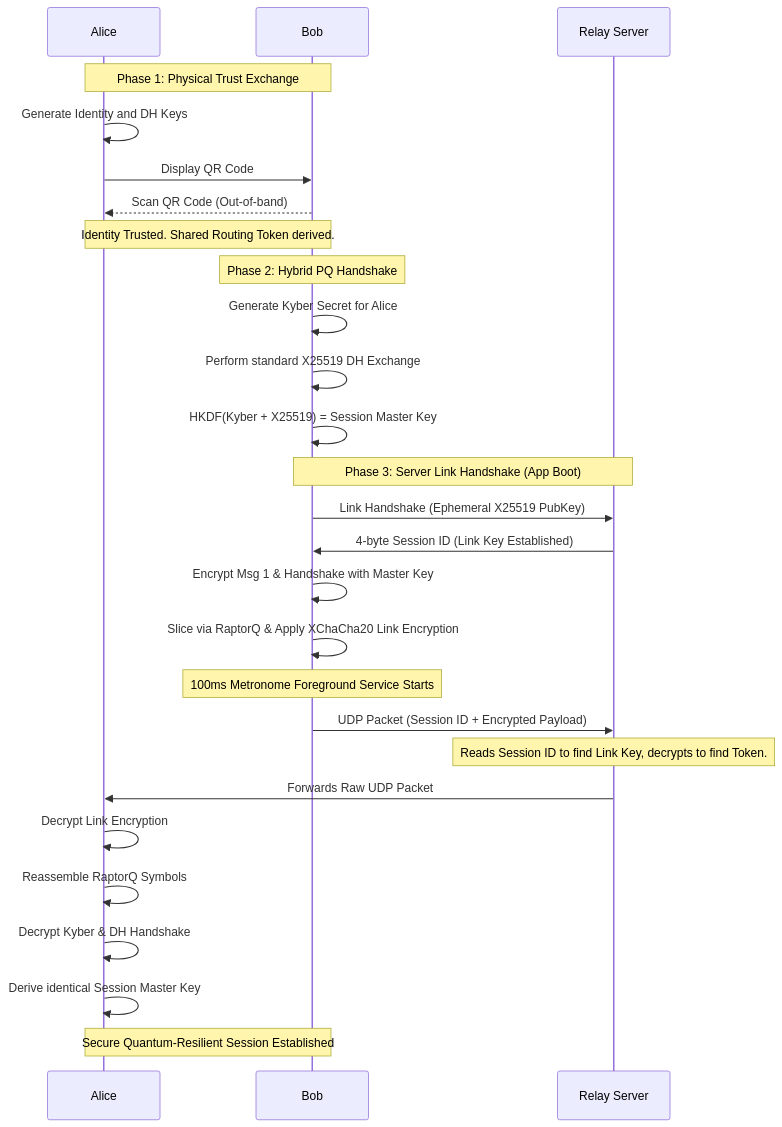
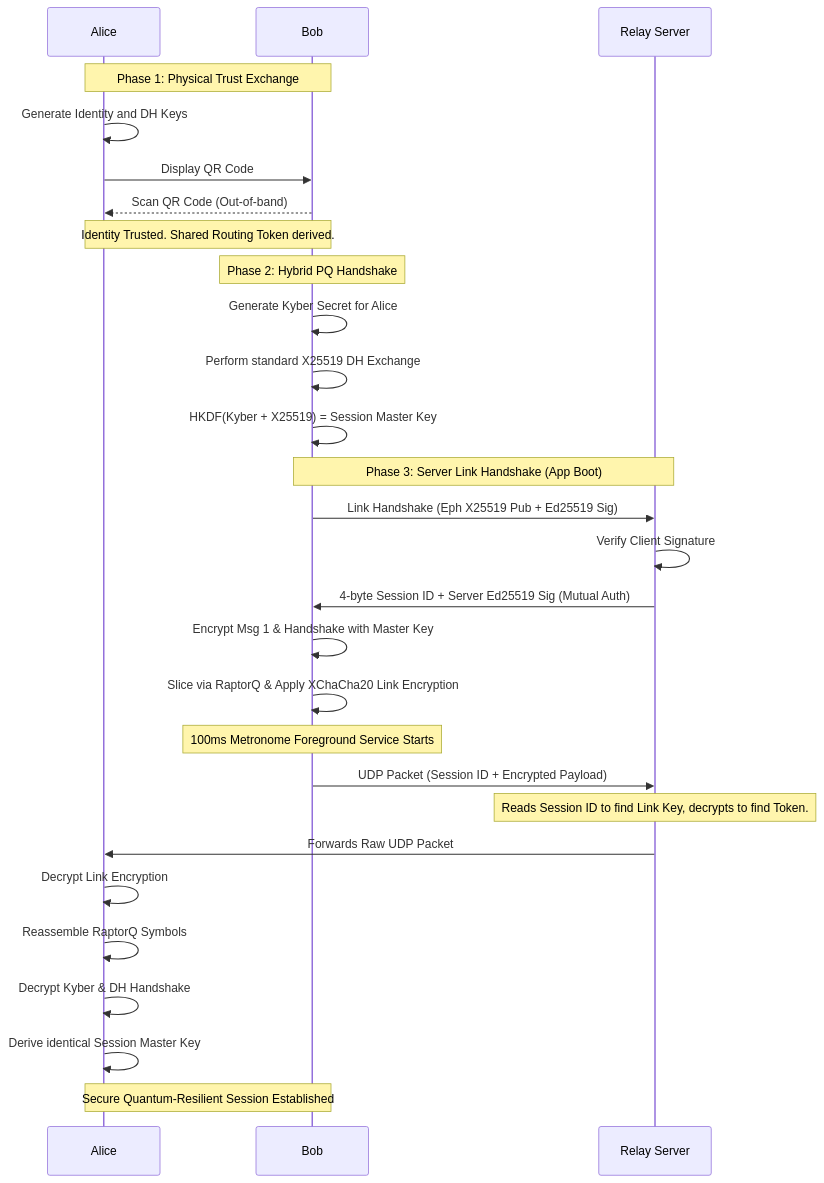
Before and after one commit to Lxadams/Cryptogram: the first of 3 diagrams in documentations/architecture-diagrams.md, drawn with Mermaid. The commit also changed other lines of this file and 15 other files, not shown here.

Commit message:
big push, will have copilot review and will add comment going over what all changed. TLDR: implement client-to-server Ed25519 signature verification in handshake and secure HKDF derivation using a persistent server identity.

````diff
--- a/documentations/architecture-diagrams.md
+++ b/documentations/architecture-diagrams.md
@@ -9,35 +12,36 @@
 ```mermaid
 sequenceDiagram
     participant A as Alice
     participant B as Bob
     participant S as Relay Server
 
     Note over A, B: Phase 1: Physical Trust Exchange
     A->>A: Generate Identity and DH Keys
     A->>B: Display QR Code
     B-->>A: Scan QR Code (Out-of-band)
     Note over A, B: Identity Trusted. Shared Routing Token derived.
 
     Note over B: Phase 2: Hybrid PQ Handshake
     B->>B: Generate Kyber Secret for Alice
     B->>B: Perform standard X25519 DH Exchange
     B->>B: HKDF(Kyber + X25519) = Session Master Key
     
     Note over B, S: Phase 3: Server Link Handshake (App Boot)
-    B->>S: Link Handshake (Ephemeral X25519 PubKey)
-    S->>B: 4-byte Session ID (Link Key Established)
+    B->>S: Link Handshake (Eph X25519 Pub + Ed25519 Sig)
+    S->>S: Verify Client Signature
+    S->>B: 4-byte Session ID + Server Ed25519 Sig (Mutual Auth)
 
     B->>B: Encrypt Msg 1 & Handshake with Master Key
     B->>B: Slice via RaptorQ & Apply XChaCha20 Link Encryption
     
     Note over B: 100ms Metronome Foreground Service Starts
     B->>S: UDP Packet (Session ID + Encrypted Payload)
     Note over S: Reads Session ID to find Link Key, decrypts to find Token.
     S->>A: Forwards Raw UDP Packet
     
     A->>A: Decrypt Link Encryption
     A->>A: Reassemble RaptorQ Symbols
     A->>A: Decrypt Kyber & DH Handshake
     A->>A: Derive identical Session Master Key
     Note over A, B: Secure Quantum-Resilient Session Established
 ```
````
